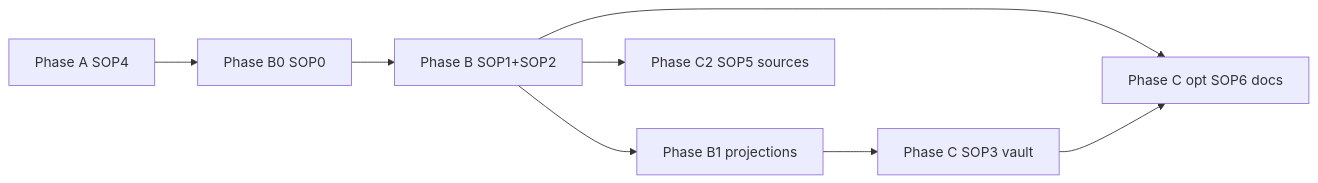
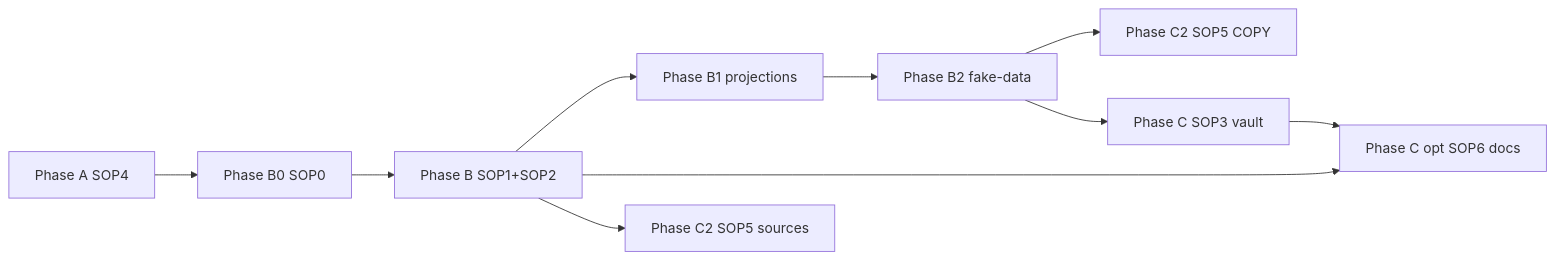
Before and after one commit to mindflight-orchestrator/starter-kit-ghostcrab-perso: the diagram in starterkit/pro-mcp/ROUTE_MAP.md, drawn with Mermaid. The commit also changed other lines of this file and 12 other files, not shown here.

First line of the commit message:
Align StarterKit projections with ghostcrab-personal-mcp artifact taxonomy and B2 fake-data routes.

````diff
--- a/starterkit/pro-mcp/ROUTE_MAP.md
+++ b/starterkit/pro-mcp/ROUTE_MAP.md
@@ -31,10 +33,12 @@
 ```mermaid
 flowchart LR
   SOP4[Phase A SOP4] --> SOP0[Phase B0 SOP0]
   SOP0 --> SOP1B[Phase B SOP1+SOP2]
   SOP1B --> SOP1proj[Phase B1 projections]
-  SOP1proj --> SOP3[Phase C SOP3 vault]
+  SOP1proj --> SOP2fake[Phase B2 fake-data]
+  SOP2fake --> SOP5C2[Phase C2 SOP5 COPY]
+  SOP2fake --> SOP3[Phase C SOP3 vault]
   SOP1B --> SOP6[Phase C opt SOP6 docs]
   SOP1B --> SOP5[Phase C2 SOP5 sources]
   SOP3 --> SOP6
 ```
````
